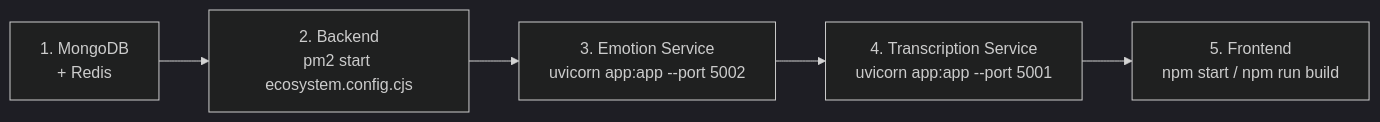
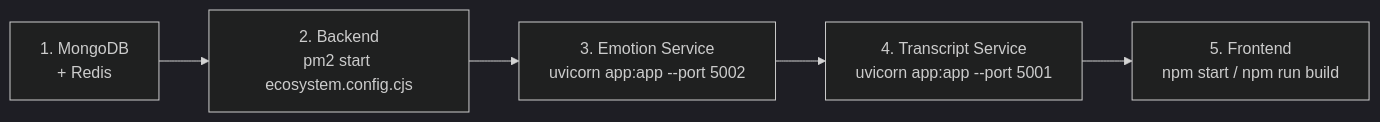
The fifth of 9 diagrams in README.md (AnupamKumar-1/Hoovik), drawn with Mermaid (dark theme) before and after one commit. The commit also changed other lines of this file, not shown here.

````diff
--- a/README.md
+++ b/README.md
@@ -406,10 +403,10 @@
 ```mermaid
 flowchart LR
     S1["1. MongoDB\n+ Redis"]
     S2["2. Backend\npm2 start ecosystem.config.cjs"]
     S3["3. Emotion Service\nuvicorn app:app --port 5002"]
-    S4["4. Transcription Service\nuvicorn app:app --port 5001"]
+    S4["4. Transcript Service\nuvicorn app:app --port 5001"]
     S5["5. Frontend\nnpm start / npm run build"]
 
     S1 --> S2 --> S3 --> S4 --> S5
 ```
````
